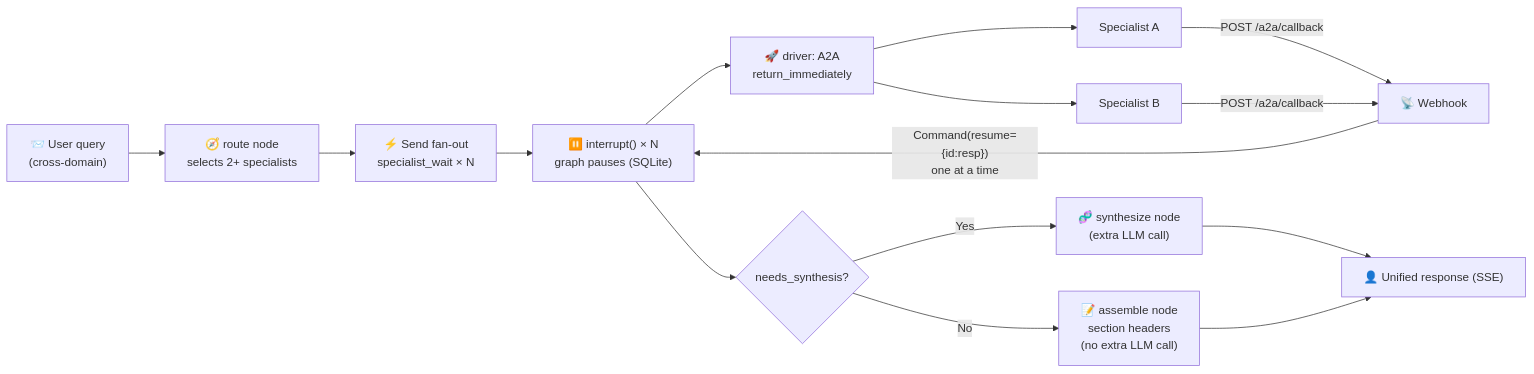
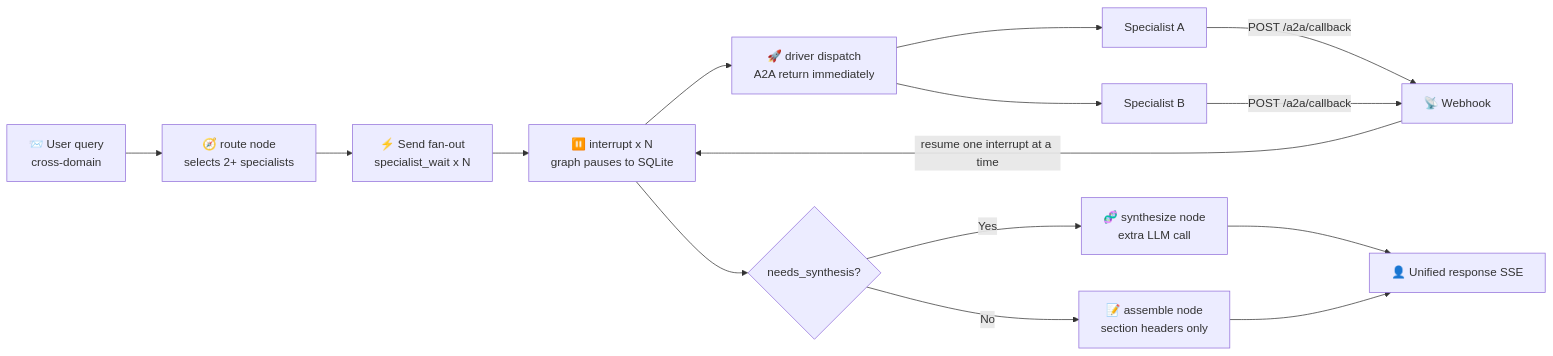
The seventh of 7 diagrams in README.md (chandra447/nimbus-chat), drawn with Mermaid before and after one commit. The commit also changed other lines of this file, not shown here.

Commit message:
Make README Mermaid syntax GitHub-safe

````diff
--- a/README.md
+++ b/README.md
@@ -347,17 +347,17 @@
 ```mermaid
 graph LR
-    Q["📨 User query<br/>(cross-domain)"] --> R["🧭 route node<br/>selects 2+ specialists"]
-    R --> F["⚡ Send fan-out<br/>specialist_wait × N"]
-    F --> INT["⏸️ interrupt() × N<br/>graph pauses (SQLite)"]
-    INT --> DRV["🚀 driver: A2A<br/>return_immediately"]
+    Q["📨 User query<br/>cross-domain"] --> R["🧭 route node<br/>selects 2+ specialists"]
+    R --> F["⚡ Send fan-out<br/>specialist_wait x N"]
+    F --> INT["⏸️ interrupt x N<br/>graph pauses to SQLite"]
+    INT --> DRV["🚀 driver dispatch<br/>A2A return immediately"]
     DRV --> S1["Specialist A"]
     DRV --> S2["Specialist B"]
     S1 -->|"POST /a2a/callback"| WH["📡 Webhook"]
     S2 -->|"POST /a2a/callback"| WH
-    WH -->|"Command(resume={id:resp})<br/>one at a time"| INT
+    WH -->|"resume one interrupt at a time"| INT
     INT --> SC{"needs_synthesis?"}
-    SC -->|Yes| SY["🧬 synthesize node<br/>(extra LLM call)"]
-    SC -->|No| SE["📝 assemble node<br/>section headers<br/>(no extra LLM call)"]
-    SY --> U["👤 Unified response (SSE)"]
+    SC -->|"Yes"| SY["🧬 synthesize node<br/>extra LLM call"]
+    SC -->|"No"| SE["📝 assemble node<br/>section headers only"]
+    SY --> U["👤 Unified response SSE"]
     SE --> U
 ```
````
